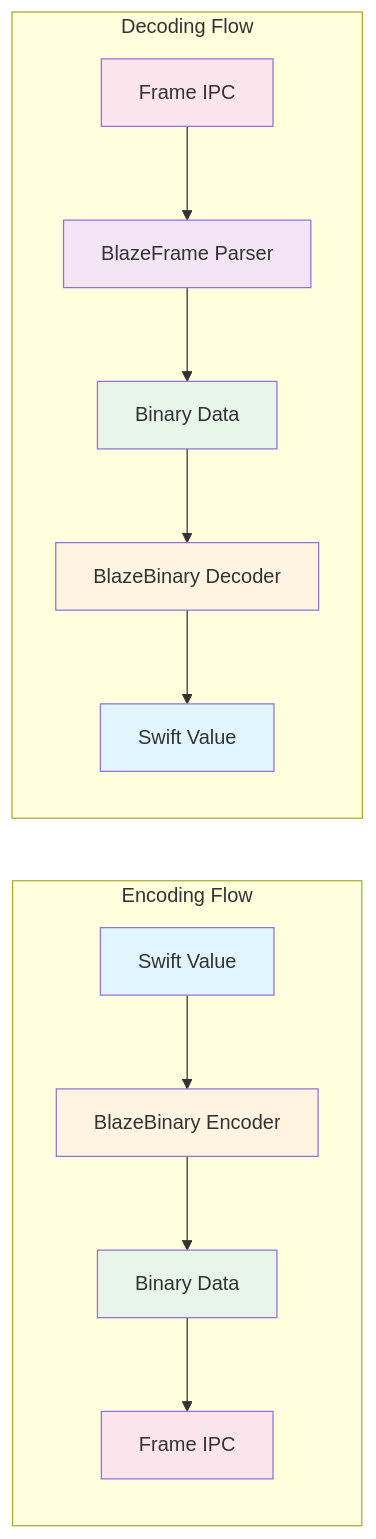
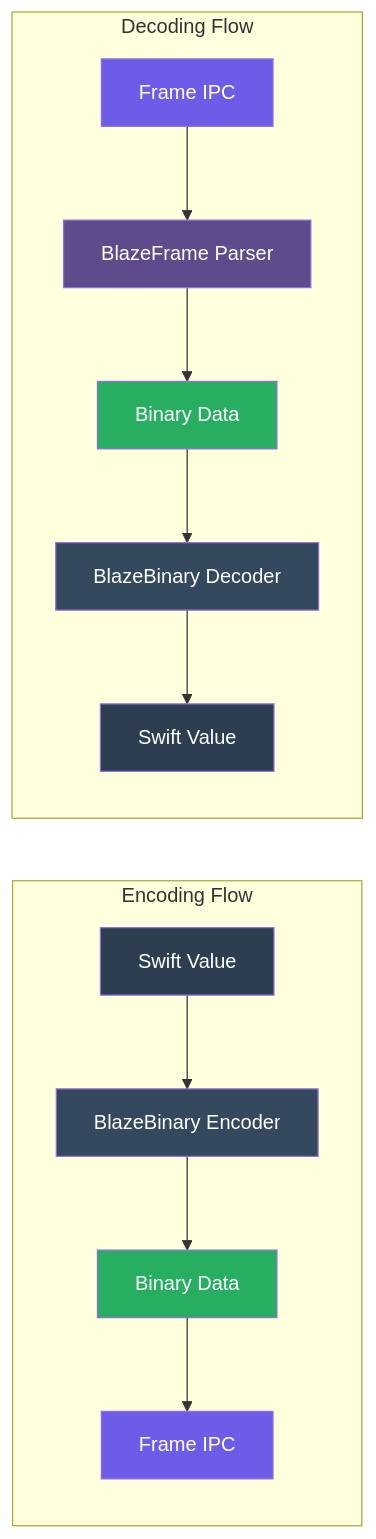
The third of 19 diagrams in README.md (Mikedan37/BlazeBinary), drawn with Mermaid before and after one commit. The commit also changed other lines of this file and 11 other files, not shown here.

First line of the commit message:
Improve Mermaid diagrams and code display formatting

````diff
--- a/README.md
+++ b/README.md
@@ -182,25 +182,25 @@
 ```mermaid
 graph LR
     subgraph Encode["Encoding Flow"]
         SwiftVal1[Swift Value] --> Encoder1[BlazeBinary Encoder]
         Encoder1 --> Binary1[Binary Data]
         Binary1 --> Frame1[Frame IPC]
     end
     
     subgraph Decode["Decoding Flow"]
         Frame2[Frame IPC] --> Parser[BlazeFrame Parser]
         Parser --> Binary2[Binary Data]
         Binary2 --> Decoder[BlazeBinary Decoder]
         Decoder --> SwiftVal2[Swift Value]
     end
     
-    style SwiftVal1 fill:#e1f5ff
-    style SwiftVal2 fill:#e1f5ff
-    style Encoder1 fill:#fff4e1
-    style Decoder fill:#fff4e1
-    style Binary1 fill:#e8f5e9
-    style Binary2 fill:#e8f5e9
-    style Frame1 fill:#fce4ec
-    style Frame2 fill:#fce4ec
-    style Parser fill:#f3e5f5
+    style SwiftVal1 fill:#2c3e50,color:#ffffff
+    style SwiftVal2 fill:#2c3e50,color:#ffffff
+    style Encoder1 fill:#34495e,color:#ffffff
+    style Decoder fill:#34495e,color:#ffffff
+    style Binary1 fill:#27ae60,color:#ffffff
+    style Binary2 fill:#27ae60,color:#ffffff
+    style Frame1 fill:#6c5ce7,color:#ffffff
+    style Frame2 fill:#6c5ce7,color:#ffffff
+    style Parser fill:#5f4b8b,color:#ffffff
 ```
````
